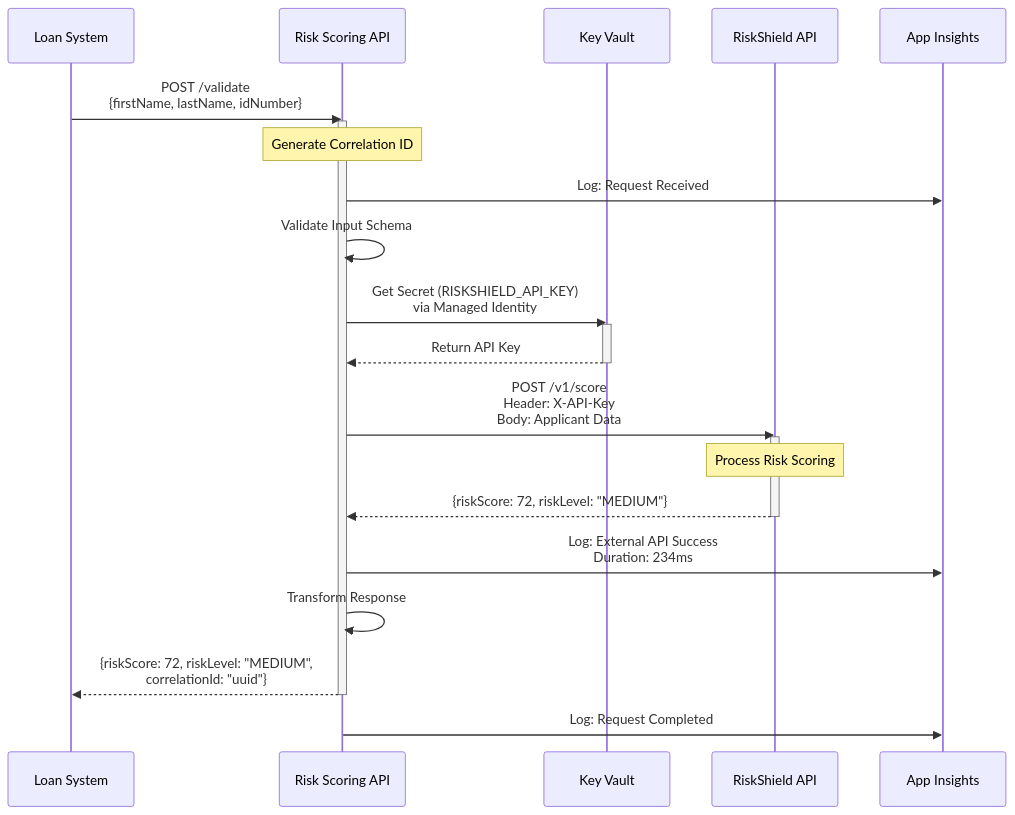
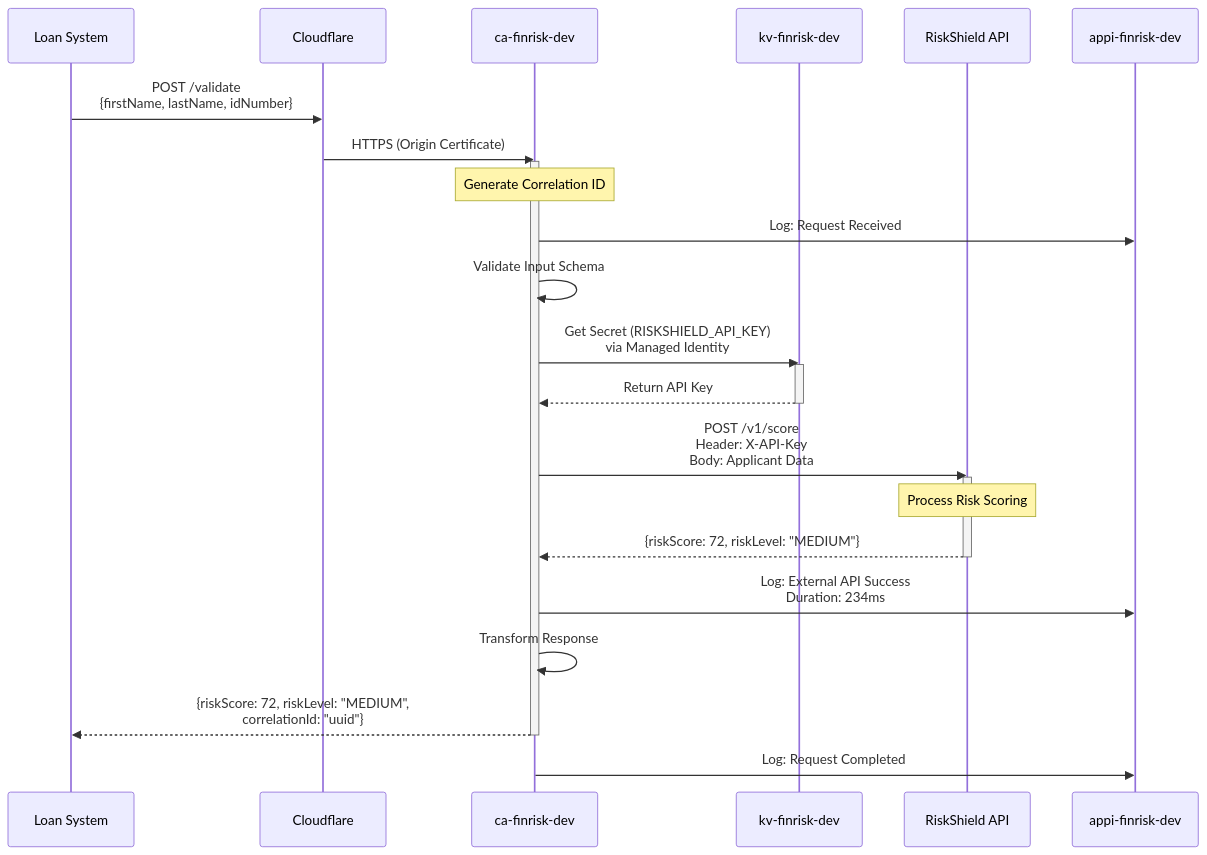
One commit to sachajw/career-pollinate-assessment changed the third of 7 diagrams in documentation/architecture/architecture-diagram.md. Above: the diagram before and after it, drawn with Mermaid. The commit also changed other lines of this file and 10 other files, not shown here.

Commit message:
📦 REFACTOR: remove architecture summary

````diff
--- a/documentation/architecture/architecture-diagram.md
+++ b/documentation/architecture/architecture-diagram.md
@@ -108,38 +111,40 @@
 ```mermaid
 sequenceDiagram
     participant Client as Loan System
-    participant API as Risk Scoring API
-    participant KV as Key Vault
+    participant CF as Cloudflare
+    participant API as ca-finrisk-dev
+    participant KV as kv-finrisk-dev
     participant RS as RiskShield API
-    participant AI as App Insights
+    participant AI as appi-finrisk-dev
 
-    Client->>API: POST /validate<br/>{firstName, lastName, idNumber}
+    Client->>CF: POST /validate<br/>{firstName, lastName, idNumber}
+    CF->>API: HTTPS (Origin Certificate)
     activate API
 
     Note over API: Generate Correlation ID
     API->>AI: Log: Request Received
 
     API->>API: Validate Input Schema
 
     API->>KV: Get Secret (RISKSHIELD_API_KEY)<br/>via Managed Identity
     activate KV
     KV-->>API: Return API Key
     deactivate KV
 
     API->>RS: POST /v1/score<br/>Header: X-API-Key<br/>Body: Applicant Data
     activate RS
 
     Note over RS: Process Risk Scoring
 
     RS-->>API: {riskScore: 72, riskLevel: "MEDIUM"}
     deactivate RS
 
     API->>AI: Log: External API Success<br/>Duration: 234ms
 
     API->>API: Transform Response
 
     API-->>Client: {riskScore: 72, riskLevel: "MEDIUM",<br/>correlationId: "uuid"}
     deactivate API
 
     API->>AI: Log: Request Completed
 ```
````
